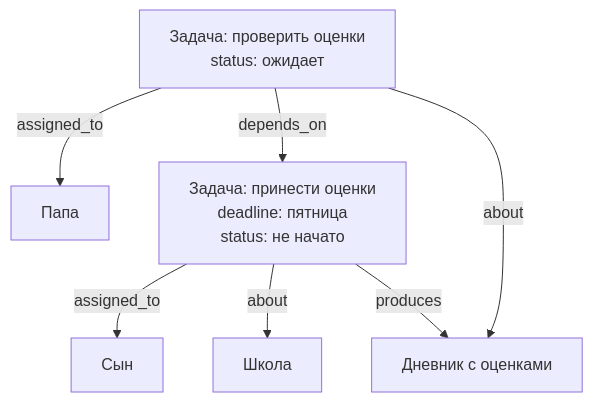
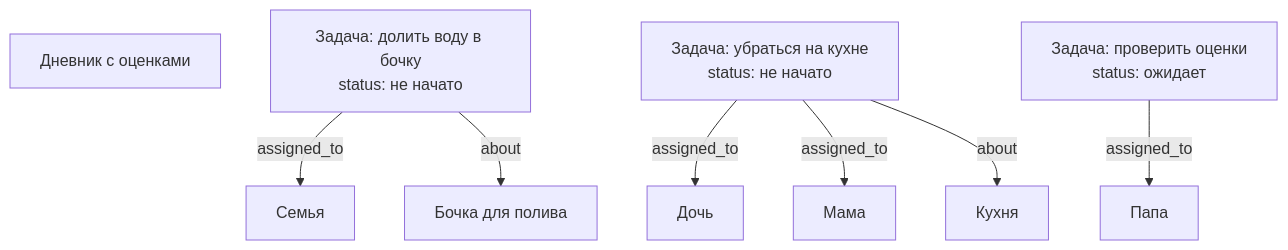
Before and after one commit to kscht/domovoy: the second of 7 diagrams in docs/database.md, drawn with Mermaid. The commit also changed other lines of this file, not shown here.

First line of the commit message:
docs: add family groups, open tasks and subtasks model

````diff
--- a/docs/database.md
+++ b/docs/database.md
@@ -51,16 +78,24 @@
 ```mermaid
 graph TD
-    Son[Сын]
+    Family[Семья]
     Dad[Папа]
-    School[Школа]
+    Daughter[Дочь]
+    Mom[Мама]
+
+    Barrel[Бочка для полива]
+    Kitchen[Кухня]
     Grades[Дневник с оценками]
-    Task1[Задача: принести оценки\ndeadline: пятница\nstatus: не начато]
-    Task2[Задача: проверить оценки\nstatus: ожидает]
 
-    Task1 -->|assigned_to| Son
-    Task1 -->|about| School
-    Task1 -->|produces| Grades
-    Task2 -->|assigned_to| Dad
-    Task2 -->|depends_on| Task1
-    Task2 -->|about| Grades
+    T1[Задача: долить воду в бочку\nstatus: не начато]
+    T2[Задача: убраться на кухне\nstatus: не начато]
+    T3[Задача: проверить оценки\nstatus: ожидает]
+
+    T1 -->|assigned_to| Family
+    T1 -->|about| Barrel
+
+    T2 -->|assigned_to| Daughter
+    T2 -->|assigned_to| Mom
+    T2 -->|about| Kitchen
+
+    T3 -->|assigned_to| Dad
 ```
````
